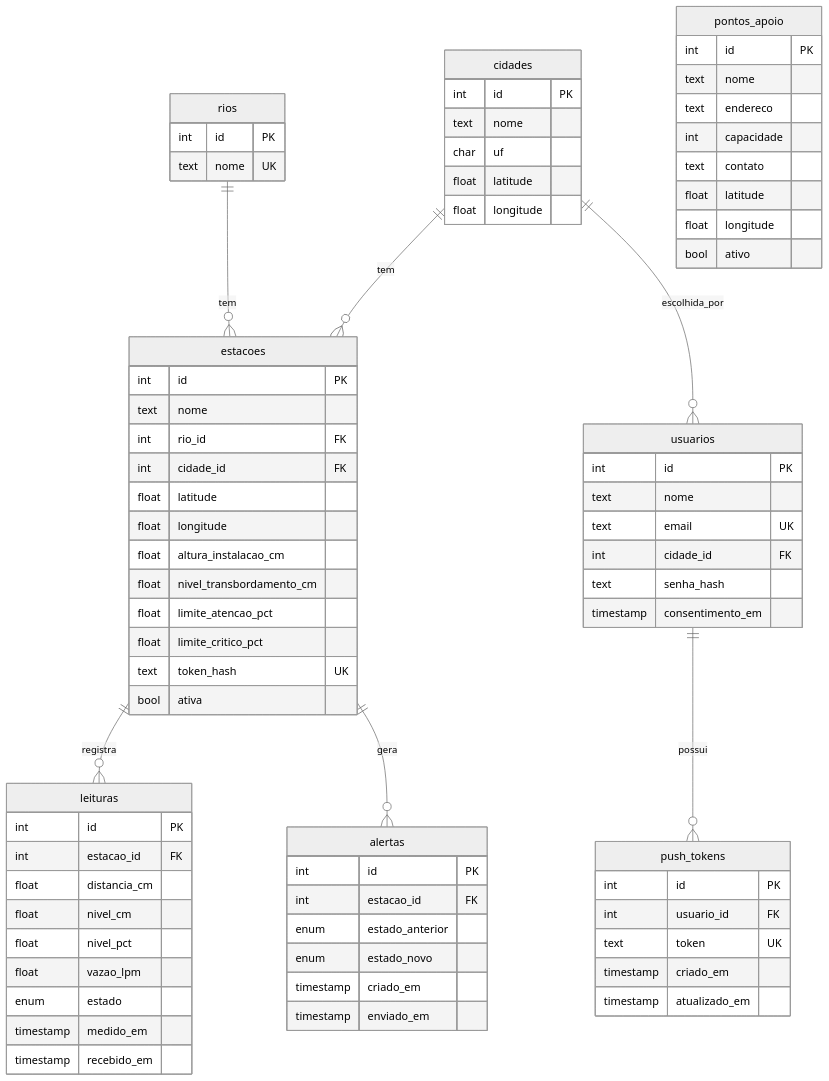
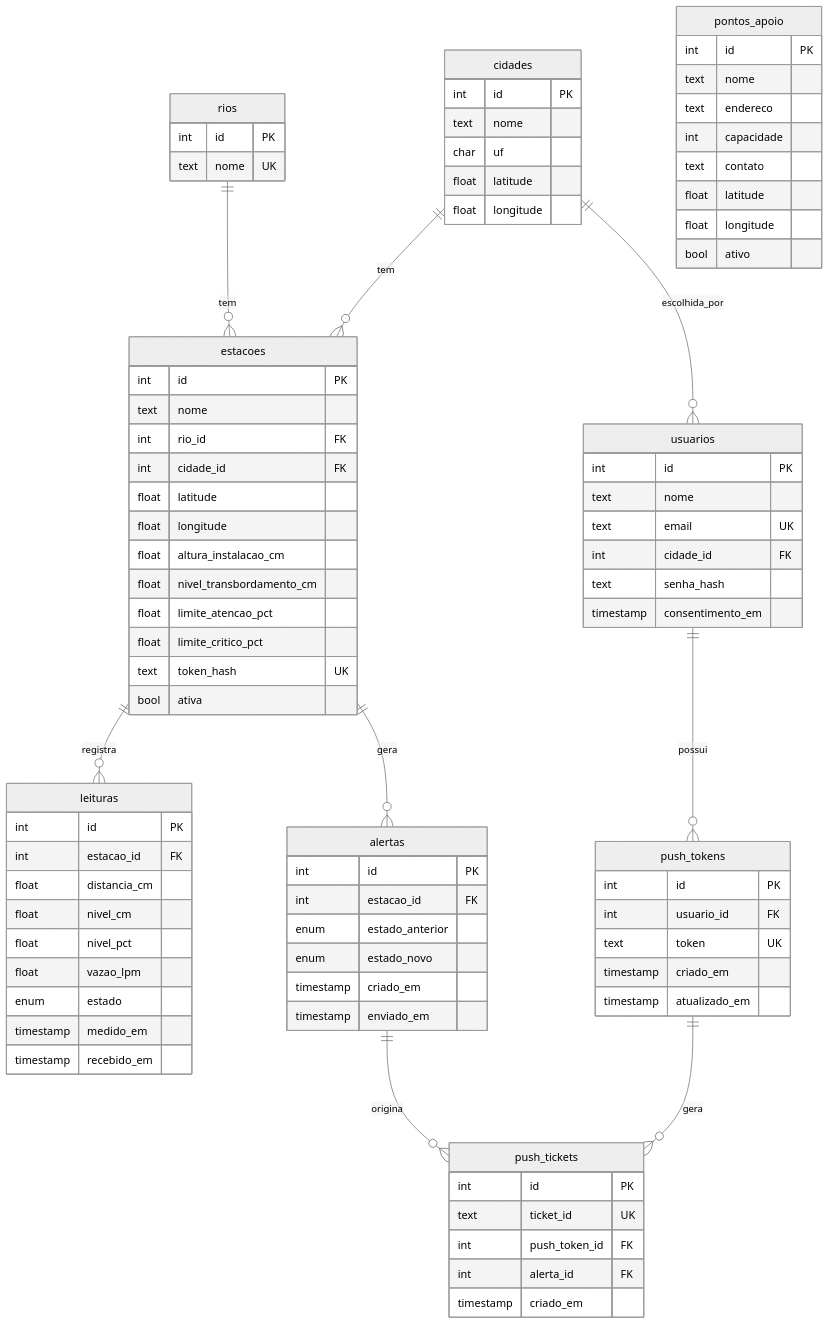
The diagram in docs/banco-de-dados.md (Mateus-Fonseca847/acquascan-app), drawn with Mermaid (neutral theme) before and after one commit. The commit also changed other lines of this file and 14 other files, not shown here.

````diff
--- a/docs/banco-de-dados.md
+++ b/docs/banco-de-dados.md
@@ -12,6 +12,8 @@
     estacoes ||--o{ leituras : registra
     estacoes ||--o{ alertas : gera
     usuarios ||--o{ push_tokens : possui
+    push_tokens ||--o{ push_tickets : gera
+    alertas ||--o{ push_tickets : origina
 
     cidades {
         int id PK
@@ -82,4 +84,11 @@
         timestamp criado_em
         timestamp atualizado_em
     }
+    push_tickets {
+        int id PK
+        text ticket_id UK
+        int push_token_id FK
+        int alerta_id FK
+        timestamp criado_em
+    }
 ```
````
